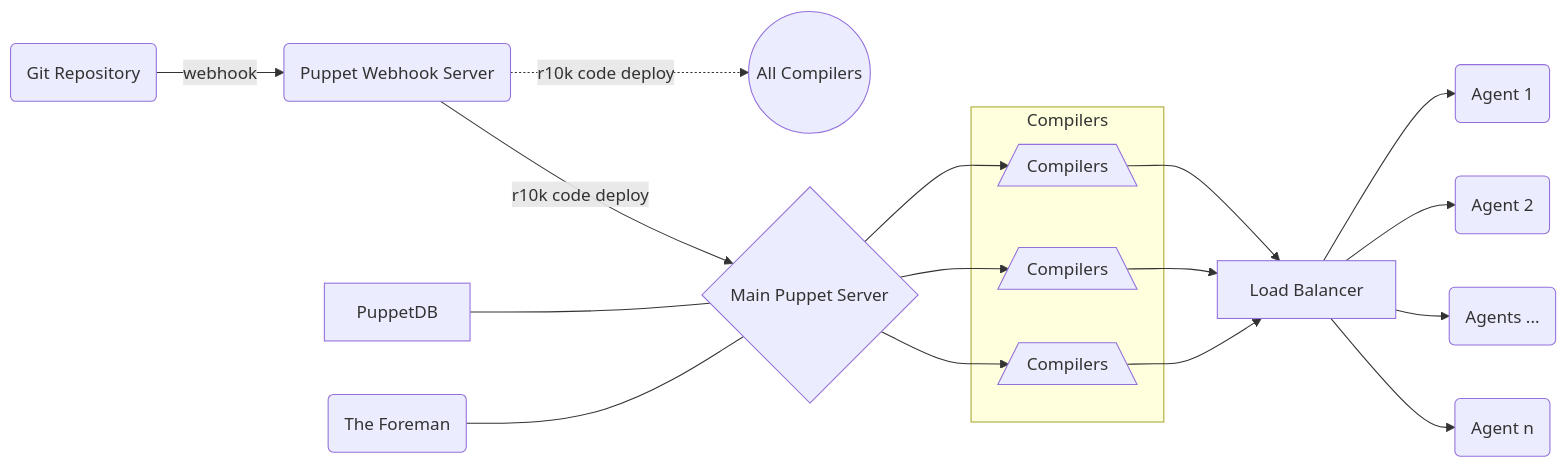
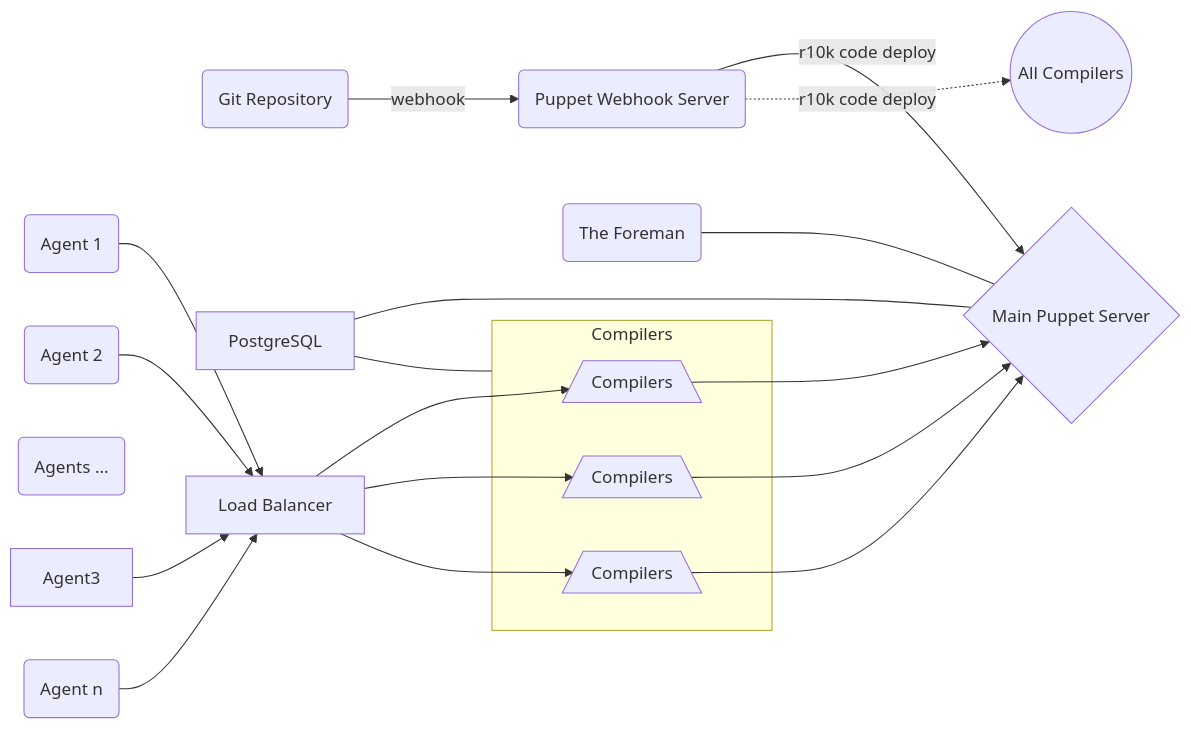
The diagram in _docs/arch_load_balanced.md (voxpupuli/voxpupuli.github.io), drawn with Mermaid before and after one commit. The commit also changed other lines of this file, not shown here.

Commit message:
rework loadbalancer and visualization

```diff
--- a/_docs/arch_load_balanced.md
+++ b/_docs/arch_load_balanced.md
@@ -15,47 +15,48 @@
 <div class="mermaid">
   graph LR;
   git(Git Repository)
   Foreman(The Foreman)
   Webhook(Puppet Webhook Server)
   AllCompilers((All Compilers))
 
-  PuppetDB
+  PostgreSQL
 
   MainPuppetServer{Main Puppet Server}
 
   subgraph Compilers[Compilers]
       Compile1[/Compilers\]
       Compile2[/Compilers\]
       Compile3[/Compilers\]
   end
 
   LoadBalancer[Load Balancer]
 
   Agent1(Agent 1)
   Agent2(Agent 2)
   Agents(Agents ...)
   Agent_n(Agent n)
 
   click Foreman "https://www.theforeman.org" "Foreman is a complete lifecycle management tool for physical and virtual servers."
   click Webhook "https://github.com/voxpupuli/puppet_webhook" "A webhook service that can trigger code deploys from source code repository updates."
 
   git --webhook--> Webhook
   Webhook --r10k code deploy--> MainPuppetServer
   Webhook -.r10k code deploy.-> AllCompilers
 
-  PuppetDB --- MainPuppetServer
+  PostgreSQL --- MainPuppetServer
+  PostgreSQL --- Compilers
   Foreman --- MainPuppetServer
 
-  MainPuppetServer --> Compile1
-  MainPuppetServer --> Compile2
-  MainPuppetServer --> Compile3
+  Compile1 --> MainPuppetServer
+  Compile2 --> MainPuppetServer
+  Compile3 --> MainPuppetServer
 
-  Compile1 --> LoadBalancer
-  Compile2 --> LoadBalancer
-  Compile3 --> LoadBalancer
+  LoadBalancer --> Compile1
+  LoadBalancer --> Compile2
+  LoadBalancer --> Compile3
 
-  LoadBalancer --> Agent1
-  LoadBalancer --> Agent2
-  LoadBalancer --> Agents
-  LoadBalancer --> Agent_n
+  Agent1 --> LoadBalancer
+  Agent2 --> LoadBalancer
+  Agent3 --> LoadBalancer
+  Agent_n --> LoadBalancer
 </div>
```
